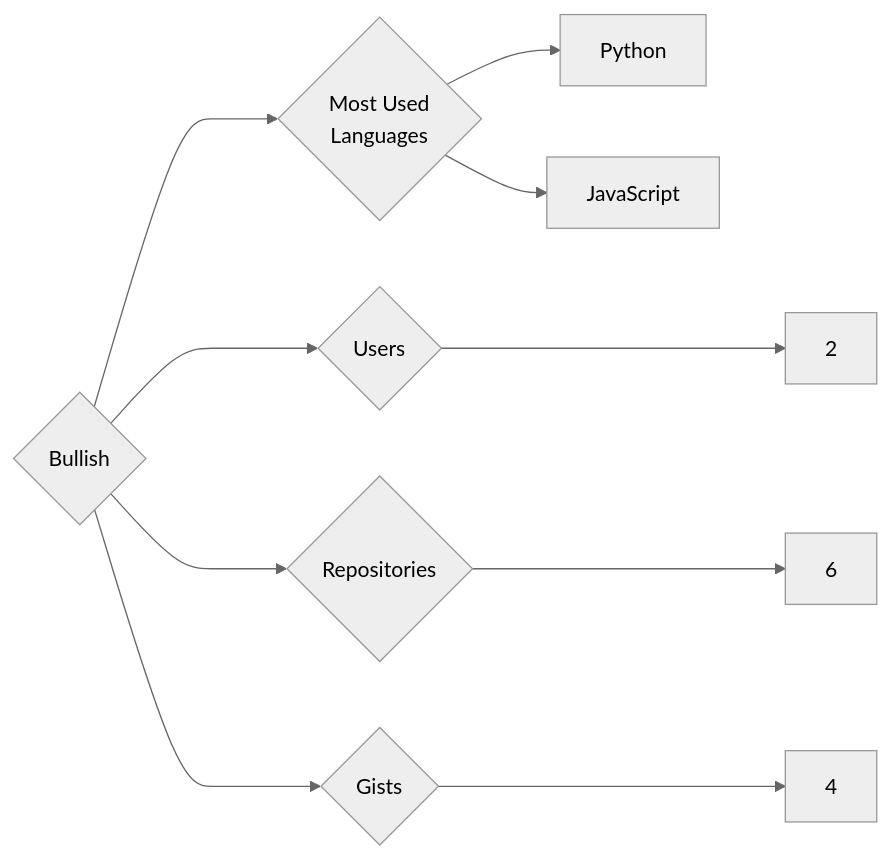
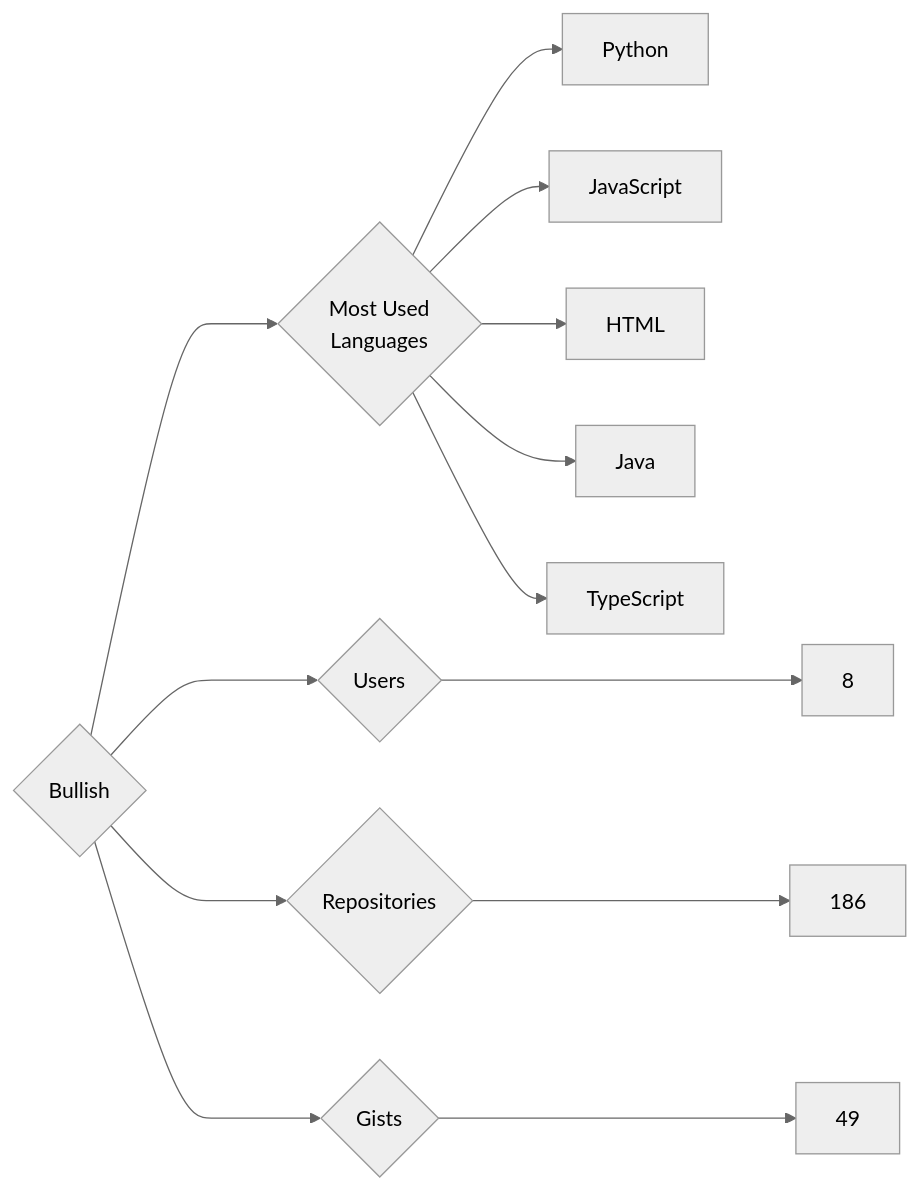
Before and after one commit to trickest/insiders: the diagram in targets/Bullish/README.md, drawn with Mermaid (neutral theme). The commit also changed 840 other files, not shown here.

````diff
--- a/targets/Bullish/README.md
+++ b/targets/Bullish/README.md
@@ -3,10 +3,13 @@
 ```mermaid
 graph LR
 COMPANY_NAME{Bullish}
-COMPANY_NAME ---> U{Users} ---> UN[2]
-COMPANY_NAME ---> R{Repositories} ---> RN[6]
-COMPANY_NAME ---> G{Gists} ---> GN[4]
+COMPANY_NAME ---> U{Users} ---> UN[8]
+COMPANY_NAME ---> R{Repositories} ---> RN[186]
+COMPANY_NAME ---> G{Gists} ---> GN[49]
 COMPANY_NAME ---> ML{Most Used<br>Languages}
 ML --> Python[Python]
 ML --> JavaScript[JavaScript]
+ML --> HTML[HTML]
+ML --> Java[Java]
+ML --> TypeScript[TypeScript]
 ```
````
